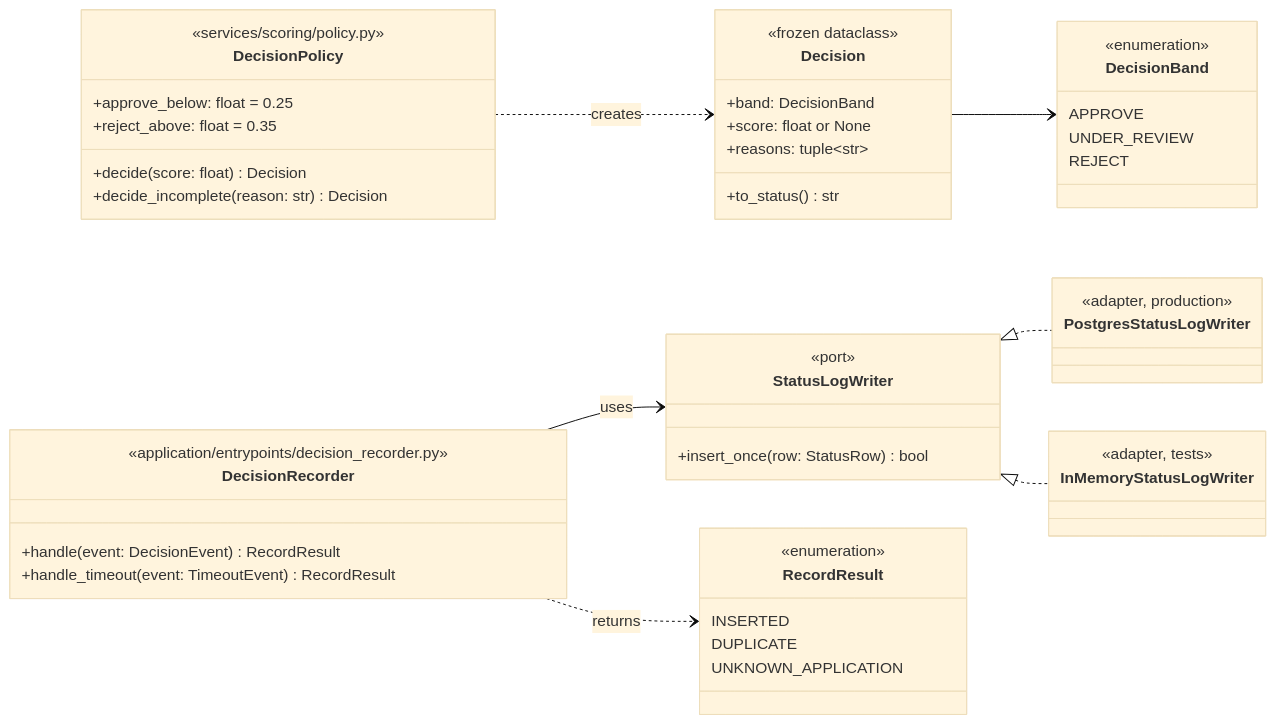
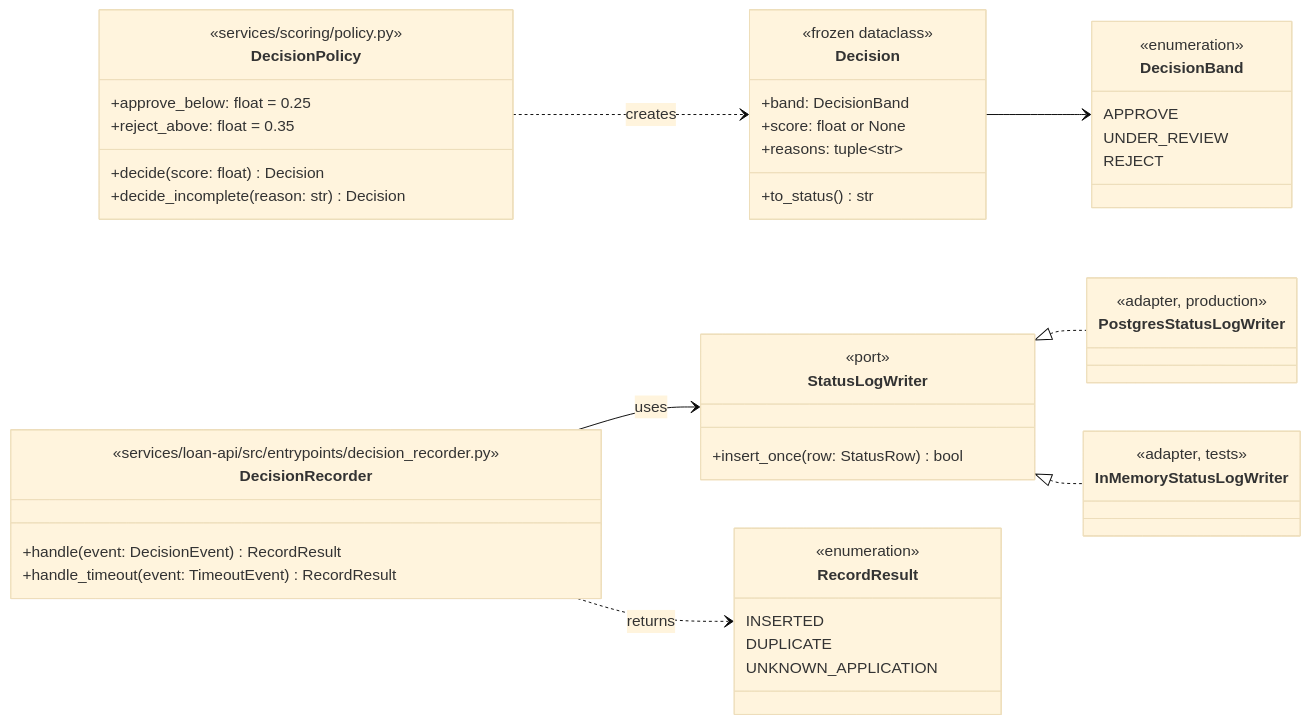
The second of 3 diagrams in docs/03-handoff/E5-decision-delivery.md (ngnquanq/credit-risk-ml-system), drawn with Mermaid (base theme) before and after one commit. The commit also changed other lines of this file and 72 other files, not shown here.

First line of the commit message:
refactor: move the Loan API core into services/loan-api

````diff
--- a/docs/03-handoff/E5-decision-delivery.md
+++ b/docs/03-handoff/E5-decision-delivery.md
@@ -60,51 +60,51 @@
 ```mermaid
 classDiagram
     direction LR
     class DecisionPolicy {
         <<services/scoring/policy.py>>
         +approve_below: float = 0.25
         +reject_above: float = 0.35
         +decide(score: float) Decision
         +decide_incomplete(reason: str) Decision
     }
     class Decision {
         <<frozen dataclass>>
         +band: DecisionBand
         +score: float or None
         +reasons: tuple~str~
         +to_status() str
     }
     class DecisionBand {
         <<enumeration>>
         APPROVE
         UNDER_REVIEW
         REJECT
     }
     class DecisionRecorder {
-        <<application/entrypoints/decision_recorder.py>>
+        <<services/loan-api/src/entrypoints/decision_recorder.py>>
         +handle(event: DecisionEvent) RecordResult
         +handle_timeout(event: TimeoutEvent) RecordResult
     }
     class StatusLogWriter {
         <<port>>
         +insert_once(row: StatusRow) bool
     }
     class PostgresStatusLogWriter {
         <<adapter, production>>
     }
     class InMemoryStatusLogWriter {
         <<adapter, tests>>
     }
     class RecordResult {
         <<enumeration>>
         INSERTED
         DUPLICATE
         UNKNOWN_APPLICATION
     }
     DecisionPolicy ..> Decision : creates
     Decision --> DecisionBand
     DecisionRecorder --> StatusLogWriter : uses
     StatusLogWriter <|.. PostgresStatusLogWriter
     StatusLogWriter <|.. InMemoryStatusLogWriter
     DecisionRecorder ..> RecordResult : returns
 ```
````
